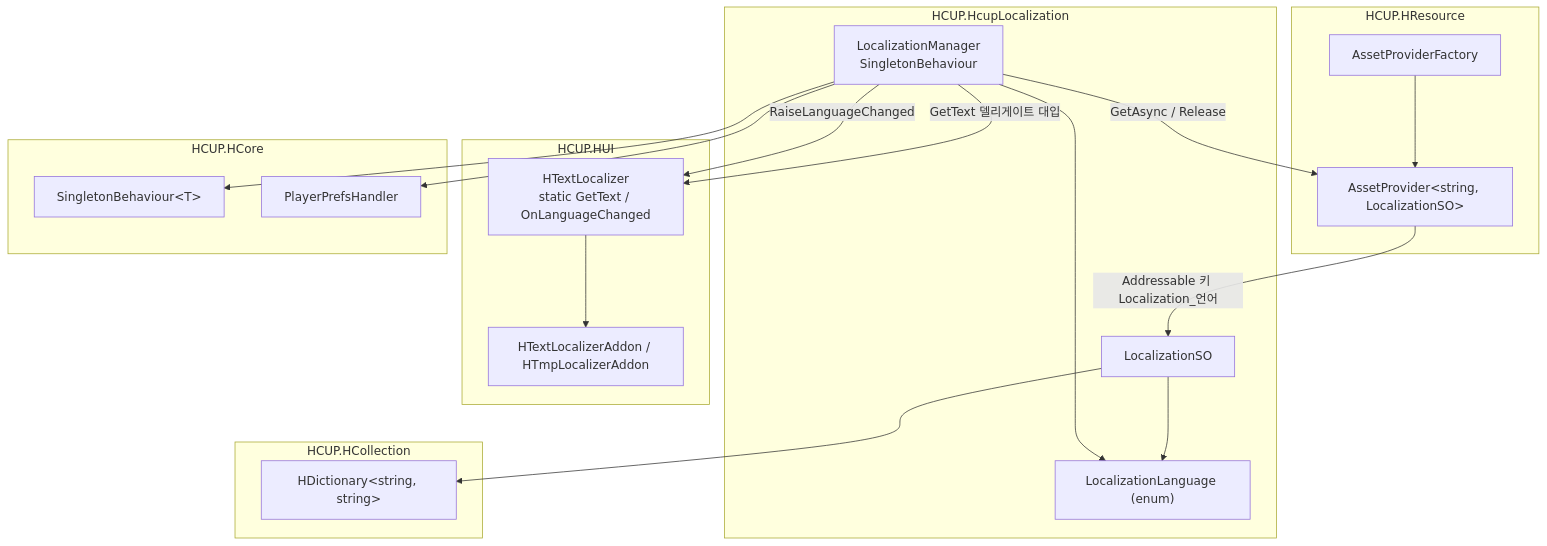
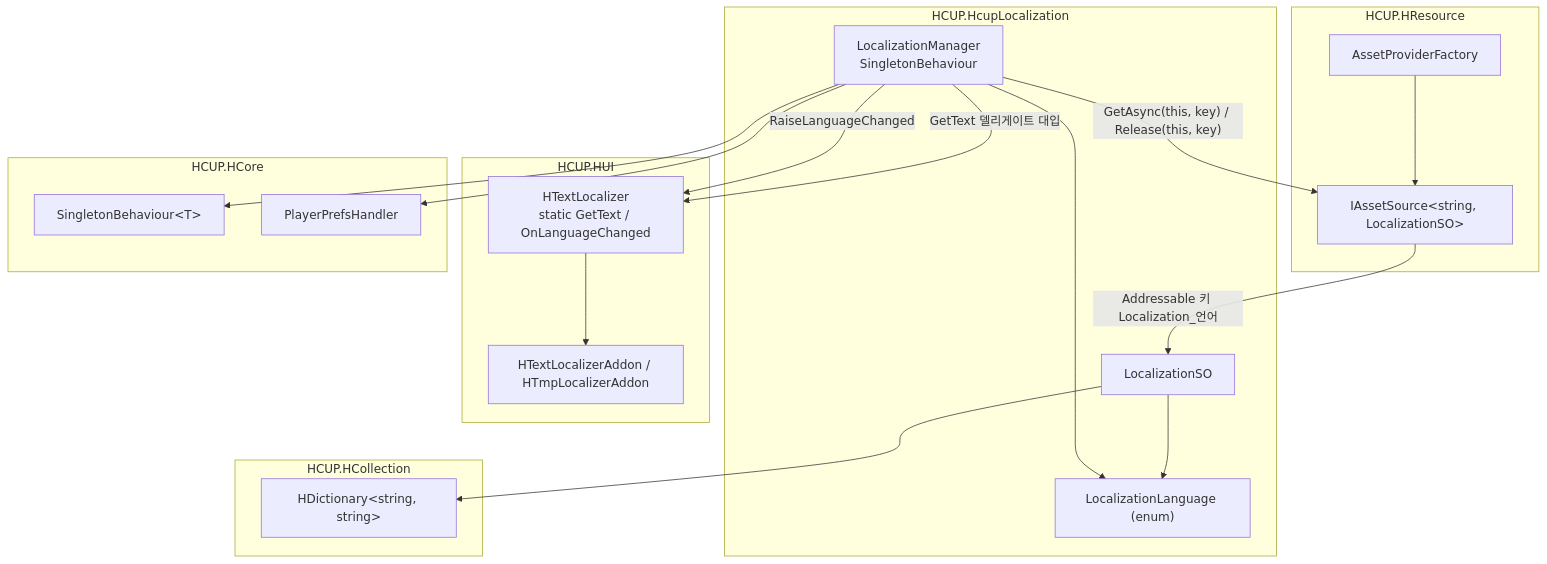
The first of 4 diagrams in HLocalization/HcupLocalization/Runtime/README.md (HoHong123/HCUP-Unity), drawn with Mermaid before and after one commit. The commit also changed other lines of this file, not shown here.

Commit message:
[Docs] 📝 21.09.26 Refresh HLocalization/HcupLocalization/Runtime README against current code and move stale notes to history

````diff
--- a/HLocalization/HcupLocalization/Runtime/README.md
+++ b/HLocalization/HcupLocalization/Runtime/README.md
@@ -59,39 +59,39 @@
 ```mermaid
 flowchart TD
     subgraph HL["HCUP.HcupLocalization"]
     LM["LocalizationManager<br/>SingletonBehaviour"]
     SO["LocalizationSO"]
     EN["LocalizationLanguage (enum)"]
     end
 
     subgraph HUI["HCUP.HUI"]
     TL["HTextLocalizer<br/>static GetText / OnLanguageChanged"]
     AD["HTextLocalizerAddon / HTmpLocalizerAddon"]
     end
 
     subgraph HRES["HCUP.HResource"]
-    AP["AssetProvider&lt;string, LocalizationSO&gt;"]
+    AP["IAssetSource&lt;string, LocalizationSO&gt;"]
     AF["AssetProviderFactory"]
     end
 
     subgraph HCOL["HCUP.HCollection"]
     HD["HDictionary&lt;string, string&gt;"]
     end
 
     subgraph CORE["HCUP.HCore"]
     SB["SingletonBehaviour&lt;T&gt;"]
     PP["PlayerPrefsHandler"]
     end
 
     LM --> SB
     LM --> PP
     LM -->|"GetText 델리게이트 대입"| TL
     LM -->|"RaiseLanguageChanged"| TL
     TL --> AD
-    LM -->|"GetAsync / Release"| AP
+    LM -->|"GetAsync(this, key) / Release(this, key)"| AP
     AF --> AP
     AP -->|"Addressable 키 Localization_언어"| SO
     SO --> HD
     SO --> EN
     LM --> EN
 ```
````
